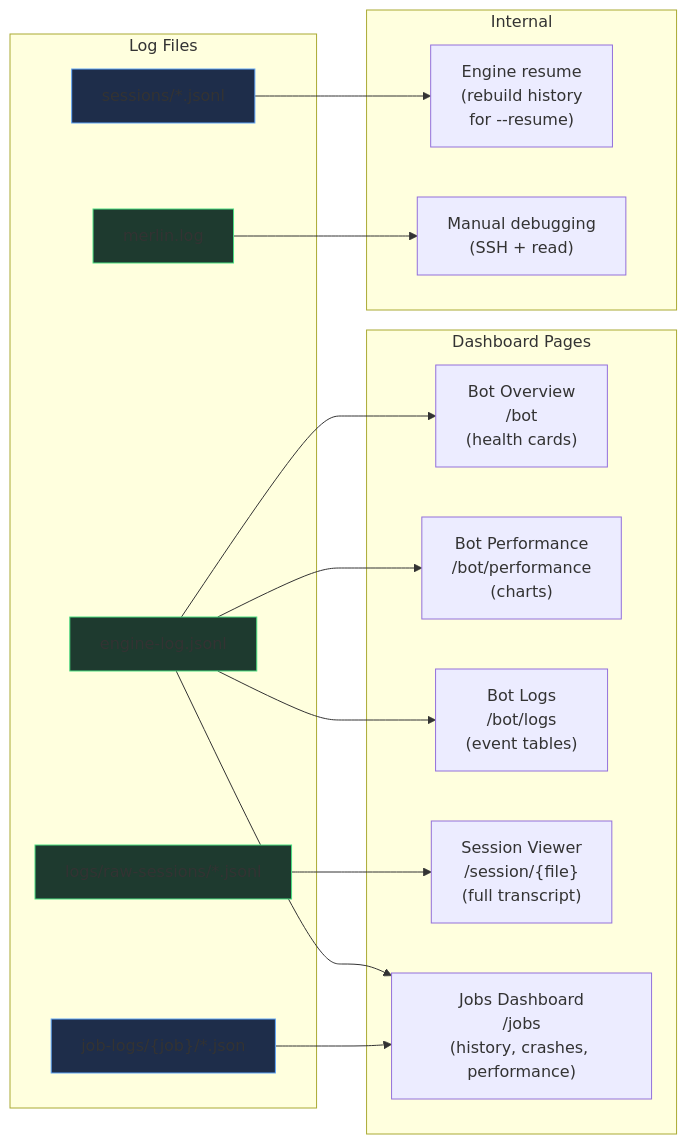
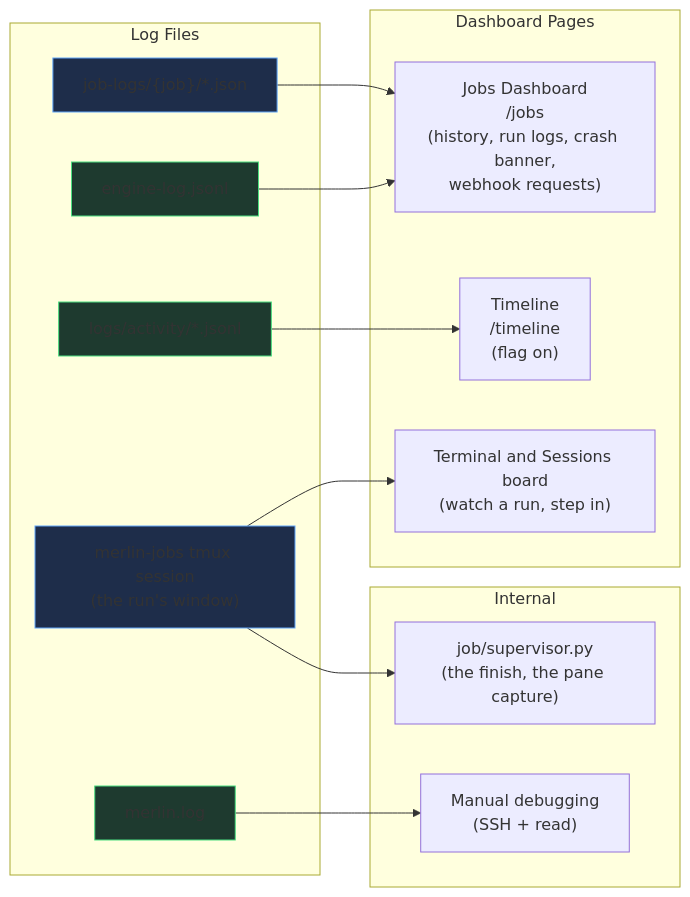
One commit to ArnaudValensi/merlin changed the diagram in docs/dev/logging-system/consumers.mmd. Above: the diagram before and after it, drawn with Mermaid. The commit also changed 22 other files, not shown here.

```diff
--- a/docs/dev/logging-system/consumers.mmd
+++ b/docs/dev/logging-system/consumers.mmd
@@ -1,40 +1,32 @@
 flowchart LR
     subgraph Storage["Log Files"]
         EL["engine-log.jsonl"]
-        RS["logs/raw-sessions/*.jsonl"]
         JLG["job-logs/{job}/*.json"]
+        ACT["logs/activity/*.jsonl"]
         ML["merlin.log"]
-        SS["sessions/*.jsonl"]
+        TMUX["merlin-jobs tmux session\n(the run's window)"]
     end
 
     subgraph Dashboard["Dashboard Pages"]
-        BO["Bot Overview\n/bot\n(health cards)"]
-        BP["Bot Performance\n/bot/performance\n(charts)"]
-        BLG["Bot Logs\n/bot/logs\n(event tables)"]
-        SV["Session Viewer\n/session/{file}\n(full transcript)"]
-        CD["Jobs Dashboard\n/jobs\n(history, crashes, performance)"]
+        JD["Jobs Dashboard\n/jobs\n(history, run logs, crash banner,\nwebhook requests)"]
+        TL["Timeline\n/timeline\n(flag on)"]
+        TERM["Terminal and Sessions board\n(watch a run, step in)"]
     end
 
     subgraph Internal["Internal"]
-        ER["Engine resume\n(rebuild history\nfor --resume)"]
+        SUP["job/supervisor.py\n(the finish, the pane capture)"]
         DBG["Manual debugging\n(SSH + read)"]
     end
 
-    EL --> BO
-    EL --> BP
-    EL --> BLG
-    EL --> CD
-
-    RS --> SV
-
-    JLG --> CD
-
-    SS --> ER
-
+    EL --> JD
+    JLG --> JD
+    ACT --> TL
+    TMUX --> TERM
+    TMUX --> SUP
     ML --> DBG
 
     style EL fill:#1e3a2f,stroke:#4ade80
-    style RS fill:#1e3a2f,stroke:#4ade80
+    style ACT fill:#1e3a2f,stroke:#4ade80
     style JLG fill:#1e2d4a,stroke:#60a5fa
-    style SS fill:#1e2d4a,stroke:#60a5fa
     style ML fill:#1e3a2f,stroke:#4ade80
+    style TMUX fill:#1e2d4a,stroke:#60a5fa
```
